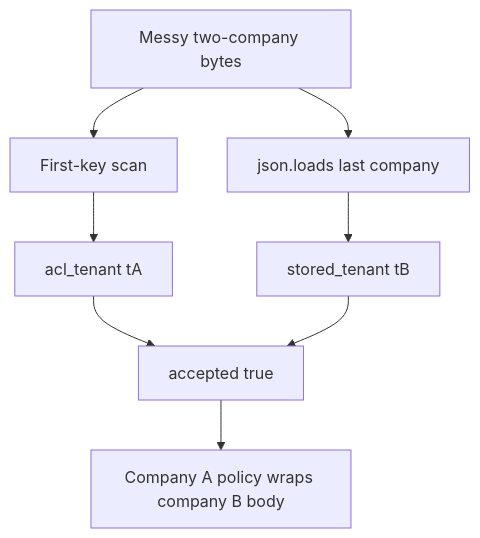
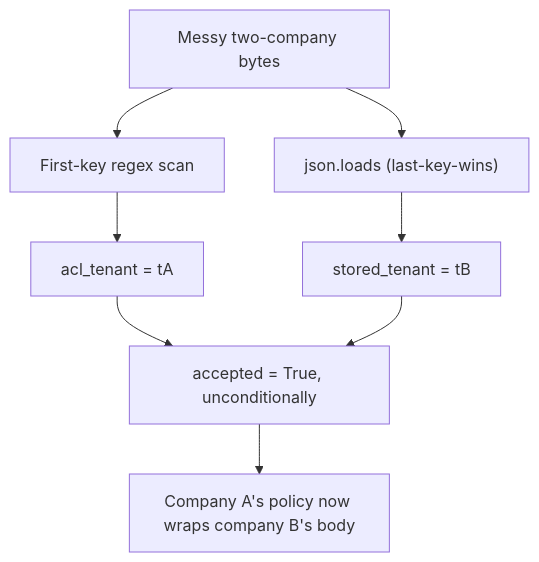
One commit to ishitvagoel/LearnSecurity changed the diagram in content/modules/2/2.1/lessons/03-break.md. Above: the diagram before and after it, drawn with Mermaid. The commit also changed other lines of this file and 17 other files, not shown here.

````diff
--- a/content/modules/2/2.1/lessons/03-break.md
+++ b/content/modules/2/2.1/lessons/03-break.md
@@ -24,10 +18,10 @@
 ```mermaid
 flowchart TD
-  Bytes[Messy two-company bytes] --> Regex[First-key scan]
-  Bytes --> Json[json.loads last company]
-  Regex --> Acl[acl_tenant tA]
-  Json --> Store[stored_tenant tB]
-  Acl --> Accept[accepted true]
+  Bytes[Messy two-company bytes] --> Regex[First-key regex scan]
+  Bytes --> Json["json.loads (last-key-wins)"]
+  Regex --> Acl[acl_tenant = tA]
+  Json --> Store[stored_tenant = tB]
+  Acl --> Accept[accepted = True, unconditionally]
   Store --> Accept
-  Accept --> Harm[Company A policy wraps company B body]
+  Accept --> Harm[Company A's policy now wraps company B's body]
 ```
````
